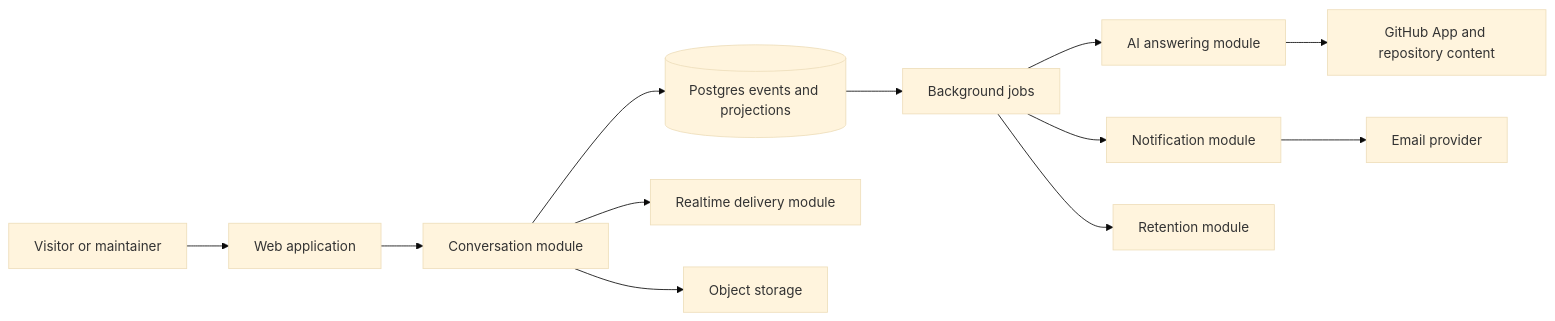
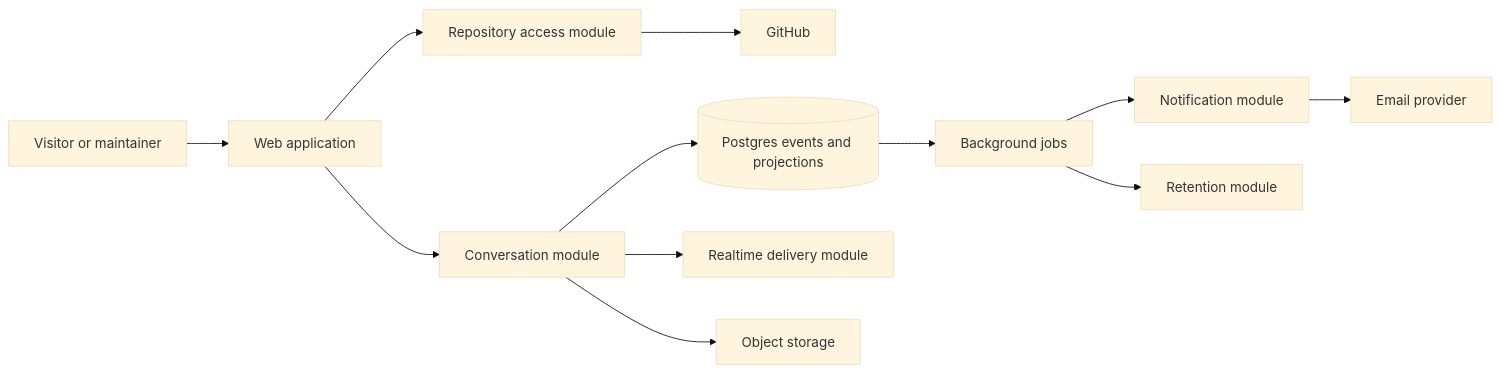
Before and after one commit to mxcl/knock-knock: the first of 2 diagrams in PLAN.md, drawn with Mermaid (base theme). The commit also changed other lines of this file and 1 other file, not shown here.

````diff
--- a/PLAN.md
+++ b/PLAN.md
@@ -117,14 +108,14 @@
 ```mermaid
 flowchart LR
     V["Visitor or maintainer"] --> W["Web application"]
+    W --> I["Repository access module"]
+    I --> G["GitHub"]
     W --> C["Conversation module"]
     C --> P[("Postgres events and projections")]
     C --> R["Realtime delivery module"]
     P --> J["Background jobs"]
-    J --> A["AI answering module"]
     J --> N["Notification module"]
     J --> X["Retention module"]
-    A --> G["GitHub App and repository content"]
     N --> E["Email provider"]
     C --> O["Object storage"]
 ```
````
